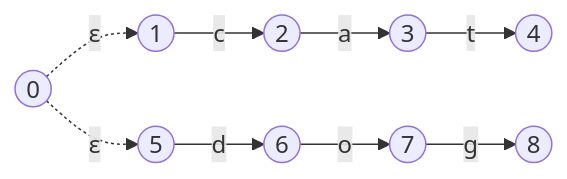
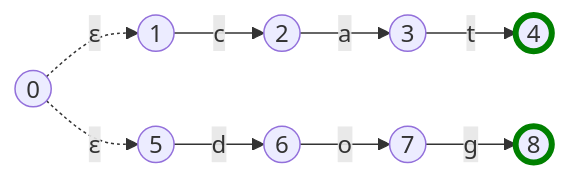
Before and after one commit to LeweyM/LeweyM.github.io: the eighth of 11 diagrams in personal-site/content/series/making regex from scratch in GO/08-Epsilons.md, drawn with Mermaid. The commit also changed other lines of this file, not shown here.

````diff
--- a/personal-site/content/series/making regex from scratch in GO/08-Epsilons.md
+++ b/personal-site/content/series/making regex from scratch in GO/08-Epsilons.md
@@ -298,11 +300,13 @@
 ```mermaid
 graph LR 
 0((0)) -."ε".-> 1((1)) 
 0((0)) -."ε".-> 5((5)) 
 1((1)) --"c"--> 2((2)) 
 2((2)) --"a"--> 3((3)) 
 3((3)) --"t"--> 4((4)) 
 5((5)) --"d"--> 6((6)) 
 6((6)) --"o"--> 7((7)) 
 7((7)) --"g"--> 8((8))
+style 4 stroke:green,stroke-width:4px;
+style 8 stroke:green,stroke-width:4px;
 ```
````
